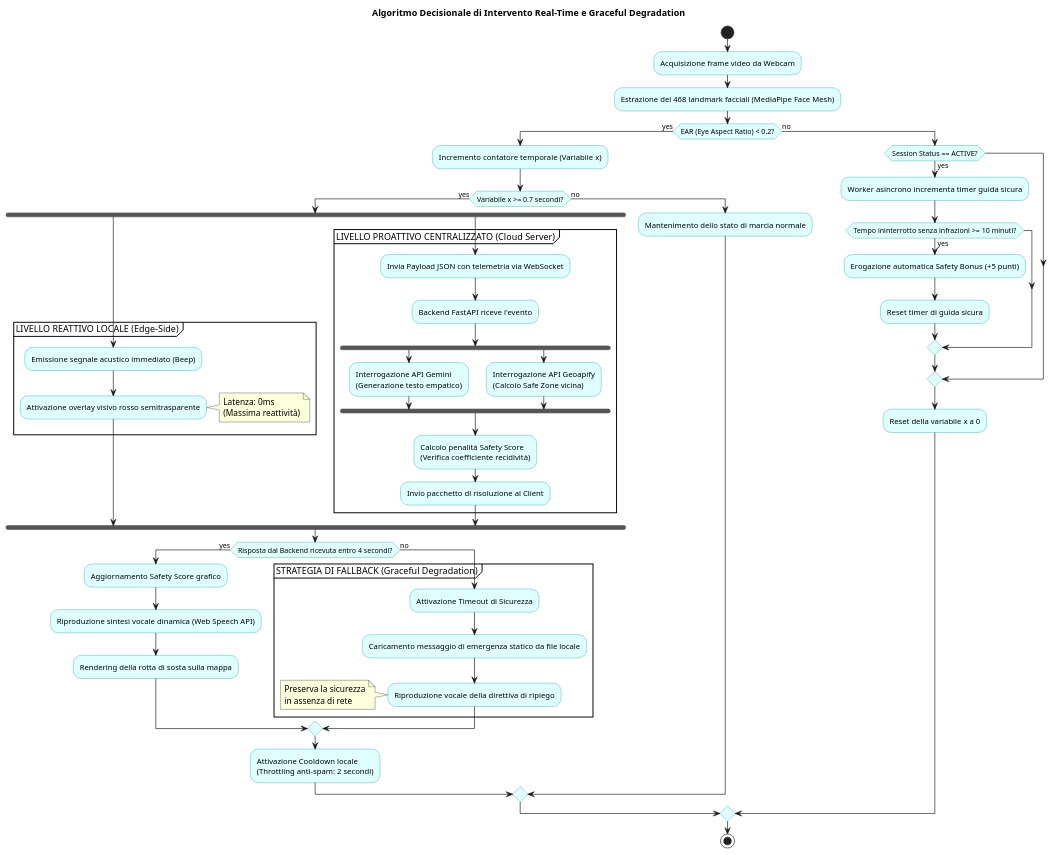
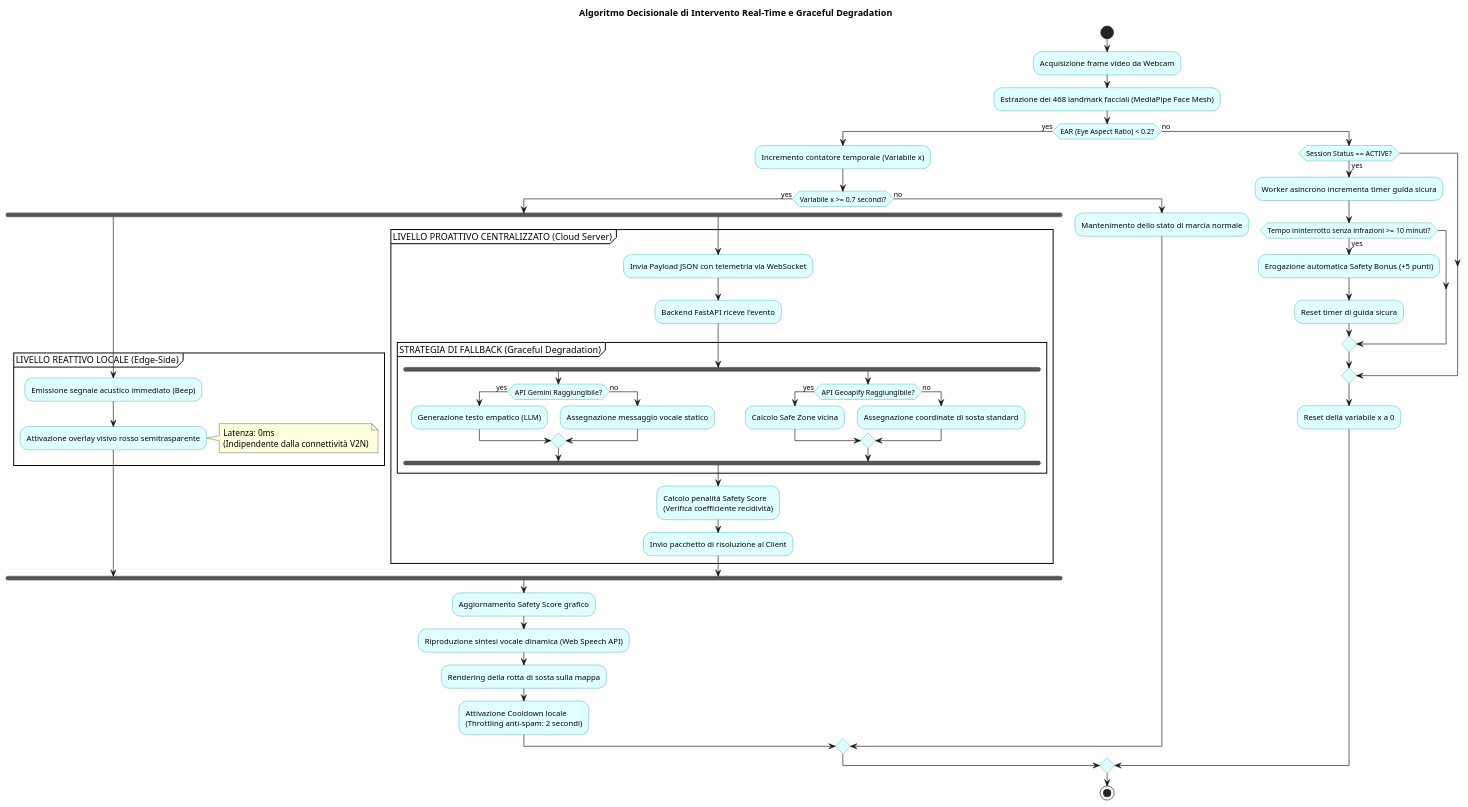
Before and after one commit to p3pp304/driver-monitoring-system: the diagram in Diagrammi/modello_decisionale/flowchart_decisionale.puml, drawn with PlantUML. The commit also changed 1 other file, not shown here.

```diff
--- a/Diagrammi/modello_decisionale/flowchart_decisionale.puml
+++ b/Diagrammi/modello_decisionale/flowchart_decisionale.puml
@@ -1,82 +1,79 @@
 @startuml
 skinparam handwritten false
 skinparam DefaultFontName Arial
 skinparam ActivityBackgroundColor #LightCyan
 skinparam ActivityBorderColor #008B8B
 skinparam DiamondBackgroundColor #LightYellow
 skinparam DiamondBorderColor #Orange
 
 title Algoritmo Decisionale di Intervento Real-Time e Graceful Degradation
 
 start
 
 :Acquisizione frame video da Webcam;
 :Estrazione dei 468 landmark facciali (MediaPipe Face Mesh);
 
 if (EAR (Eye Aspect Ratio) < 0.2?) then (yes)
     :Incremento contatore temporale (Variabile x);
-    
     if (Variabile x >= 0.7 secondi?) then (yes)
         
         ' --- BIFORCAZIONE ATTIVAZIONE IBRIDA ---
         fork
             partition "LIVELLO REATTIVO LOCALE (Edge-Side)" {
                 :Emissione segnale acustico immediato (Beep);
                 :Attivazione overlay visivo rosso semitrasparente;
                 note right
                     Latenza: 0ms
-                    (Massima reattività)
+                    (Indipendente dalla connettività V2N)
                 end note
             }
         fork again
             partition "LIVELLO PROATTIVO CENTRALIZZATO (Cloud Server)" {
                 :Invia Payload JSON con telemetria via WebSocket;
                 :Backend FastAPI riceve l'evento;
                 
-                fork
-                    :Interrogazione API Gemini\n(Generazione testo empatico);
-                fork again
-                    :Interrogazione API Geoapify\n(Calcolo Safe Zone vicina);
-                end fork
+                partition "STRATEGIA DI FALLBACK (Graceful Degradation)" {
+                    fork
+                        if (API Gemini Raggiungibile?) then (yes)
+                            :Generazione testo empatico (LLM);
+                        else (no)
+                            :Assegnazione messaggio vocale statico;
+                        endif
+                    fork again
+                        if (API Geoapify Raggiungibile?) then (yes)
+                            :Calcolo Safe Zone vicina;
+                        else (no)
+                            :Assegnazione coordinate di sosta standard;
+                        endif
+                    end fork
+                }
                 
                 :Calcolo penalità Safety Score\n(Verifica coefficiente recidività);
                 :Invio pacchetto di risoluzione al Client;
             }
         end fork
         
-        ' --- FASE DI RITORNO E GESTIONE TIMEOUT ---
-        if (Risposta dal Backend ricevuta entro 4 secondi?) then (yes)
-            :Aggiornamento Safety Score grafico;
-            :Riproduzione sintesi vocale dinamica (Web Speech API);
-            :Rendering della rotta di sosta sulla mappa;
-        else (no)
-            partition "STRATEGIA DI FALLBACK (Graceful Degradation)" {
-                :Attivazione Timeout di Sicurezza;
-                :Caricamento messaggio di emergenza statico da file locale;
-                :Riproduzione vocale della direttiva di ripiego;
-                note left
-                    Preserva la sicurezza
-                    in assenza di rete
-                end note
-            }
-        end if
+        ' --- FASE DI RITORNO AL CLIENT ---
+        :Aggiornamento Safety Score grafico;
+        :Riproduzione sintesi vocale dinamica (Web Speech API);
+        :Rendering della rotta di sosta sulla mappa;
         
         :Attivazione Cooldown locale\n(Throttling anti-spam: 2 secondi);
         
     else (no)
         :Mantenimento dello stato di marcia normale;
     endif
 
 else (no)
     if (Session Status == ACTIVE?) then (yes)
         :Worker asincrono incrementa timer guida sicura;
         if (Tempo ininterrotto senza infrazioni >= 10 minuti?) then (yes)
             :Erogazione automatica Safety Bonus (+5 punti);
             :Reset timer di guida sicura;
         endif
     endif
     :Reset della variabile x a 0;
 endif
 
 stop
 @enduml
```
